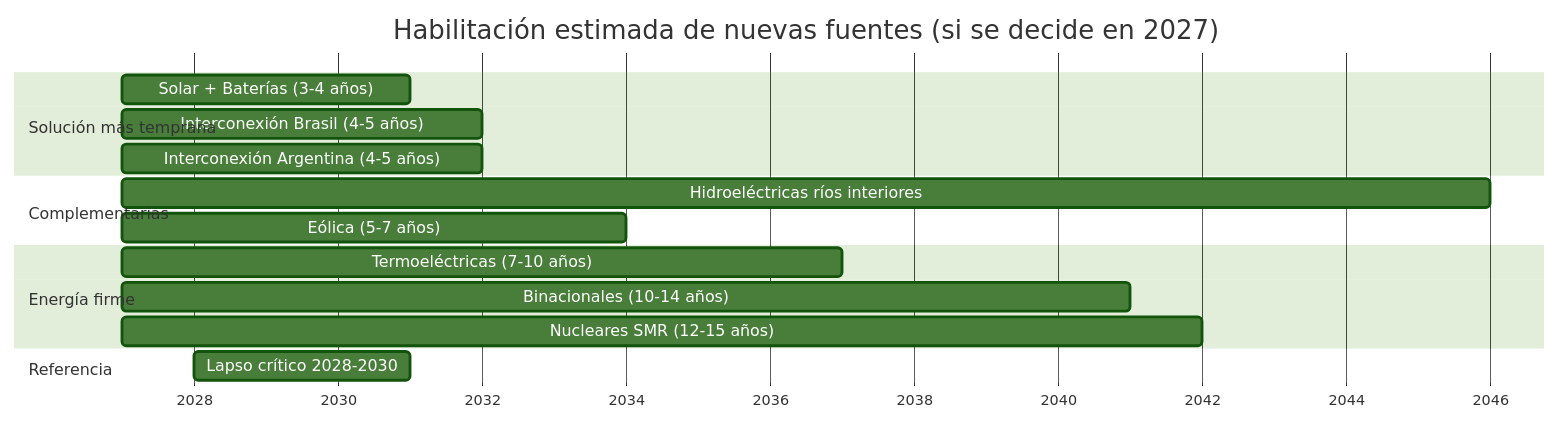
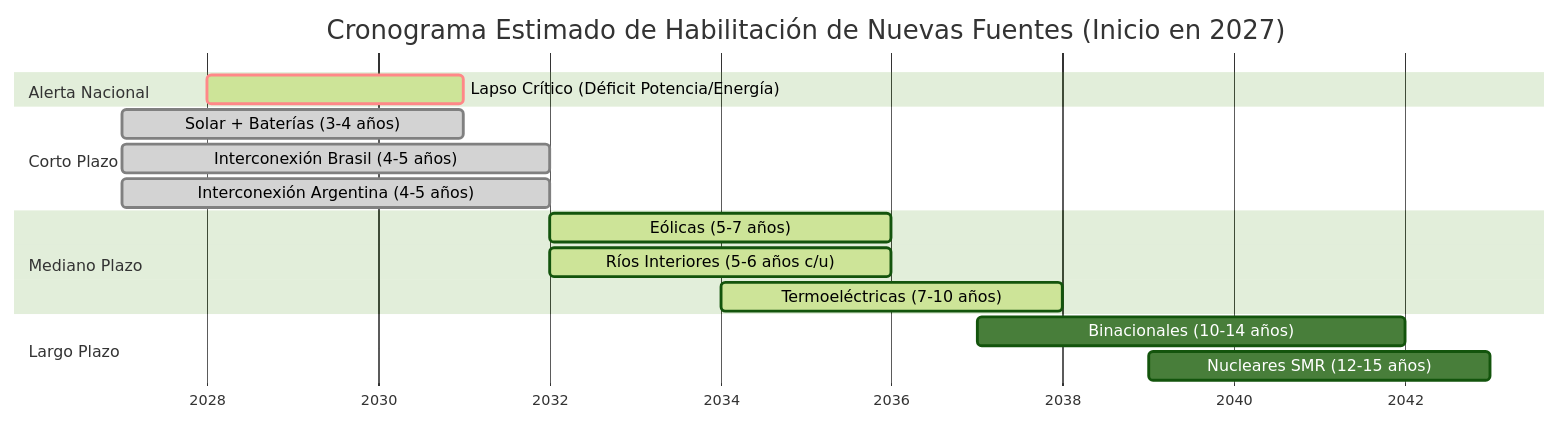
Before and after one commit to osbgx/ippse-documentos: the first of 3 diagrams in contenido/publicaciones/informe-2-26.md, drawn with Mermaid (forest theme). The commit also changed other lines of this file and 79 other files, not shown here.

````diff
--- a/contenido/publicaciones/informe-2-26.md
+++ b/contenido/publicaciones/informe-2-26.md
@@ -62,23 +62,24 @@
 ```mermaid
 gantt
-    title Habilitación estimada de nuevas fuentes (si se decide en 2027)
-    dateFormat YYYY
-    axisFormat %Y
+    title Cronograma Estimado de Habilitación de Nuevas Fuentes (Inicio en 2027)
+    dateFormat  YYYY-MM-DD
+    axisFormat  %Y
+    tickInterval 2year
 
-    section Solución más temprana
-    Solar + Baterías (3-4 años)        :solar, 2027, 4y
-    Interconexión Brasil (4-5 años)    :brasil, 2027, 5y
-    Interconexión Argentina (4-5 años) :arg, 2027, 5y
+    section Alerta Nacional
+    Lapso Crítico (Déficit Potencia/Energía) :crit, active, lapso1, 2028-01-01, 2030-12-31
 
-    section Complementarias
-    Hidroeléctricas ríos interiores    :hri, 2027, 19y
-    Eólica (5-7 años)                  :eolica, 2027, 7y
+    section Corto Plazo
+    Solar + Baterías (3-4 años)           :done, 2027-01-01, 2030-12-31
+    Interconexión Brasil (4-5 años)       :done, 2027-01-01, 2031-12-31
+    Interconexión Argentina (4-5 años)    :done, 2027-01-01, 2031-12-31
 
-    section Energía firme
-    Termoeléctricas (7-10 años)        :termo, 2027, 10y
-    Binacionales (10-14 años)          :bina, 2027, 14y
-    Nucleares SMR (12-15 años)         :smr, 2027, 15y
+    section Mediano Plazo
+    Eólicas (5-7 años)                    :active, 2032-01-01, 2035-12-31
+    Ríos Interiores (5-6 años c/u)        :active, 2032-01-01, 2035-12-31
+    Termoeléctricas (7-10 años)           :active, 2034-01-01, 2037-12-31
 
-    section Referencia
-    Lapso crítico 2028-2030            :critico, 2028, 3y
+    section Largo Plazo
+    Binacionales (10-14 años)             :2037-01-01, 2041-12-31
+    Nucleares SMR (12-15 años)            :2039-01-01, 2042-12-31
 ```
````
